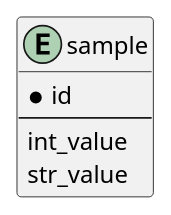
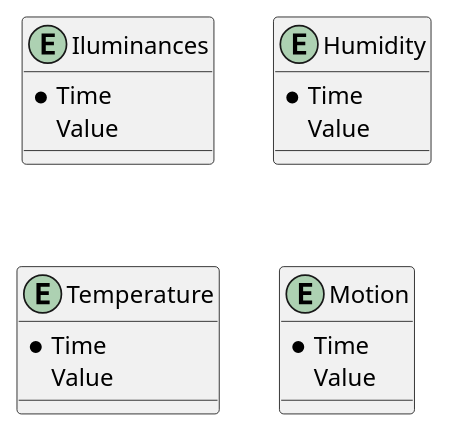
Before and after one commit to shikky-lab/omni_dashboard: the diagram in document/er_diagram.pu, drawn with PlantUML. The commit also changed 6 other files, not shown here.

```diff
--- a/document/er_diagram.pu
+++ b/document/er_diagram.pu
@@ -1,8 +1,22 @@
 @startuml
-entity sample{
-    * id
-    --
-    int_value
-    str_value
+entity Iluminances{
+    * Time
+    Value
 }
+
+entity Humidity{
+    * Time
+    Value
+}
+
+entity Temperature{
+    * Time
+    Value
+}
+
+entity Motion{
+    * Time
+    Value
+}
+
 @enduml
```
